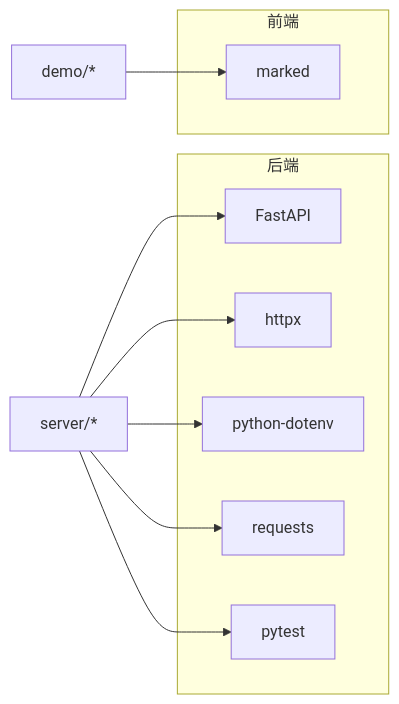
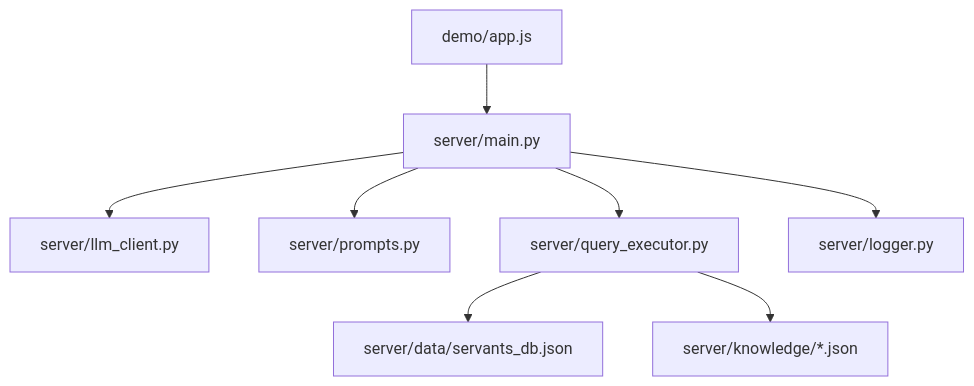
One commit to kanoha222/Laplace changed the eighth of 8 diagrams in .qoder/repowiki/zh/content/项目概述.md. Above: the diagram before and after it, drawn with Mermaid. The commit also changed other lines of this file and 54 other files, not shown here.

````diff
--- a/.qoder/repowiki/zh/content/项目概述.md
+++ b/.qoder/repowiki/zh/content/项目概述.md
@@ -312,19 +311,10 @@
 ```mermaid
-graph LR
-subgraph "后端"
-FA["FastAPI"]
-HTTPX["httpx"]
-DOTENV["python-dotenv"]
-REQ["requests"]
-PY["pytest"]
-end
-subgraph "前端"
-MARKED["marked"]
-end
-FE["demo/*"] --> MARKED
-BE["server/*"] --> FA
-BE --> HTTPX
-BE --> DOTENV
-BE --> REQ
-BE --> PY
+graph TB
+MAIN["server/main.py"] --> LLM["server/llm_client.py"]
+MAIN --> PROMPT["server/prompts.py"]
+MAIN --> QUERY["server/query_executor.py"]
+MAIN --> LOG["server/logger.py"]
+QUERY --> DATA["server/data/servants_db.json"]
+QUERY --> KNOW["server/knowledge/*.json"]
+FE["demo/app.js"] --> MAIN
 ```
````
